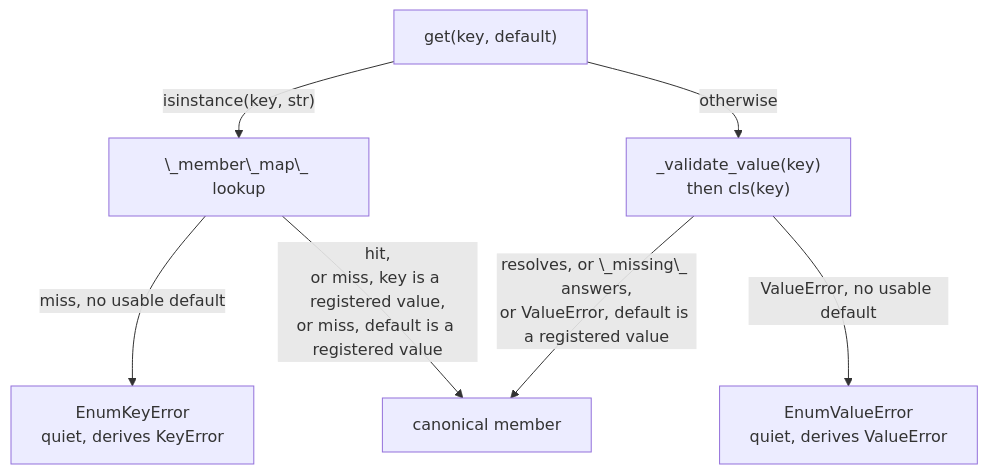
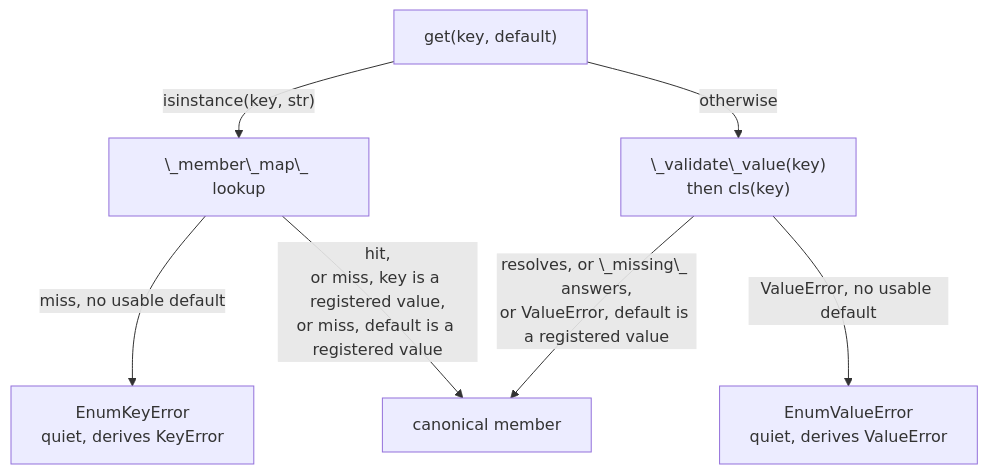
Before and after one commit to JarryShaw/PyPCAPKit: the diagram in docs/source/contributing/conventions/registry-protocol.rst, drawn with Mermaid. The commit also changed 37 other files, not shown here.

First line of the commit message:
docs: cite each number by its kind, and fix heading and Mermaid forms (#2626)

```diff
--- a/docs/source/contributing/conventions/registry-protocol.rst
+++ b/docs/source/contributing/conventions/registry-protocol.rst
@@ -161,9 +161,9 @@
 .. mermaid::
 
    flowchart TD
        GET["get(key, default)"] -->|"isinstance(key, str)"| NAME["\_member\_map\_ lookup"]
-       GET -->|"otherwise"| VALUE["_validate_value(key)<br/>then cls(key)"]
+       GET -->|"otherwise"| VALUE["\_validate\_value(key)<br/>then cls(key)"]
        NAME -->|"miss, no usable default"| KEYERR["EnumKeyError<br/>quiet, derives KeyError"]
        NAME -->|"hit,<br/>or miss, key is a registered value,<br/>or miss, default is a registered value"| OK["canonical member"]
        VALUE -->|"resolves, or \_missing\_ answers,<br/>or ValueError, default is a registered value"| OK
        VALUE -->|"ValueError, no usable default"| VALERR["EnumValueError<br/>quiet, derives ValueError"]
```
